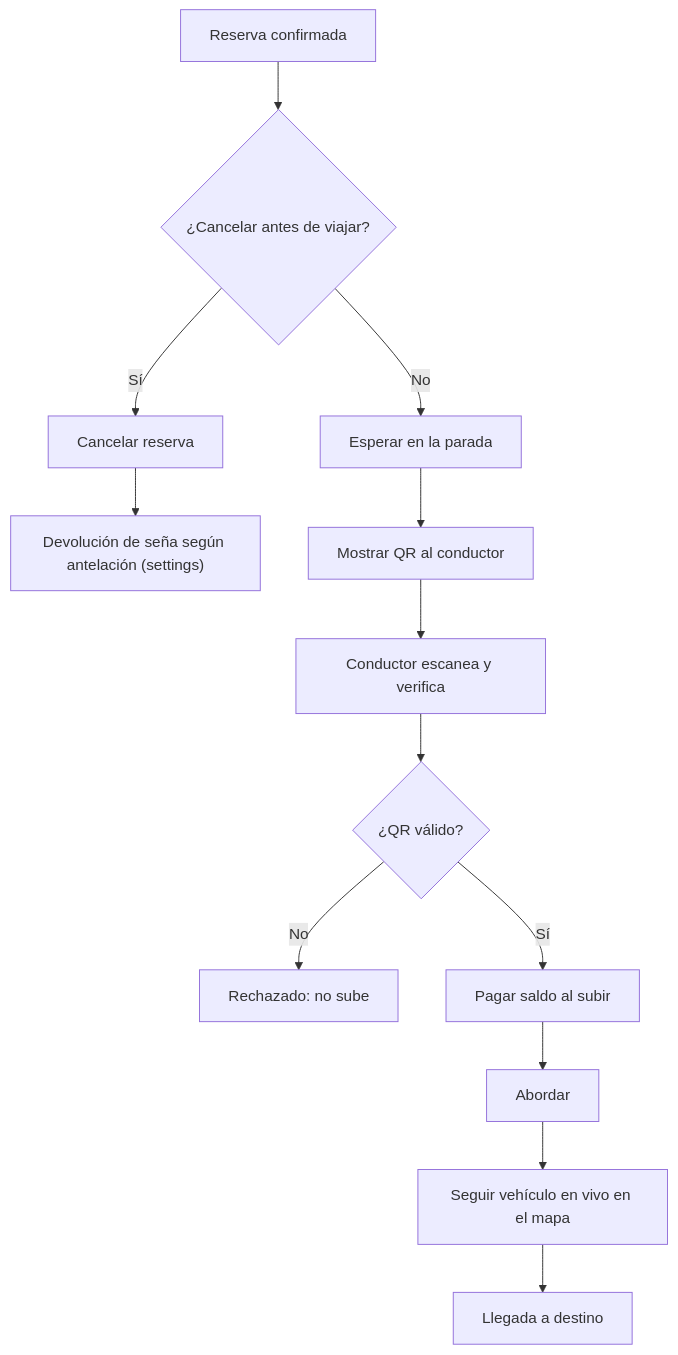
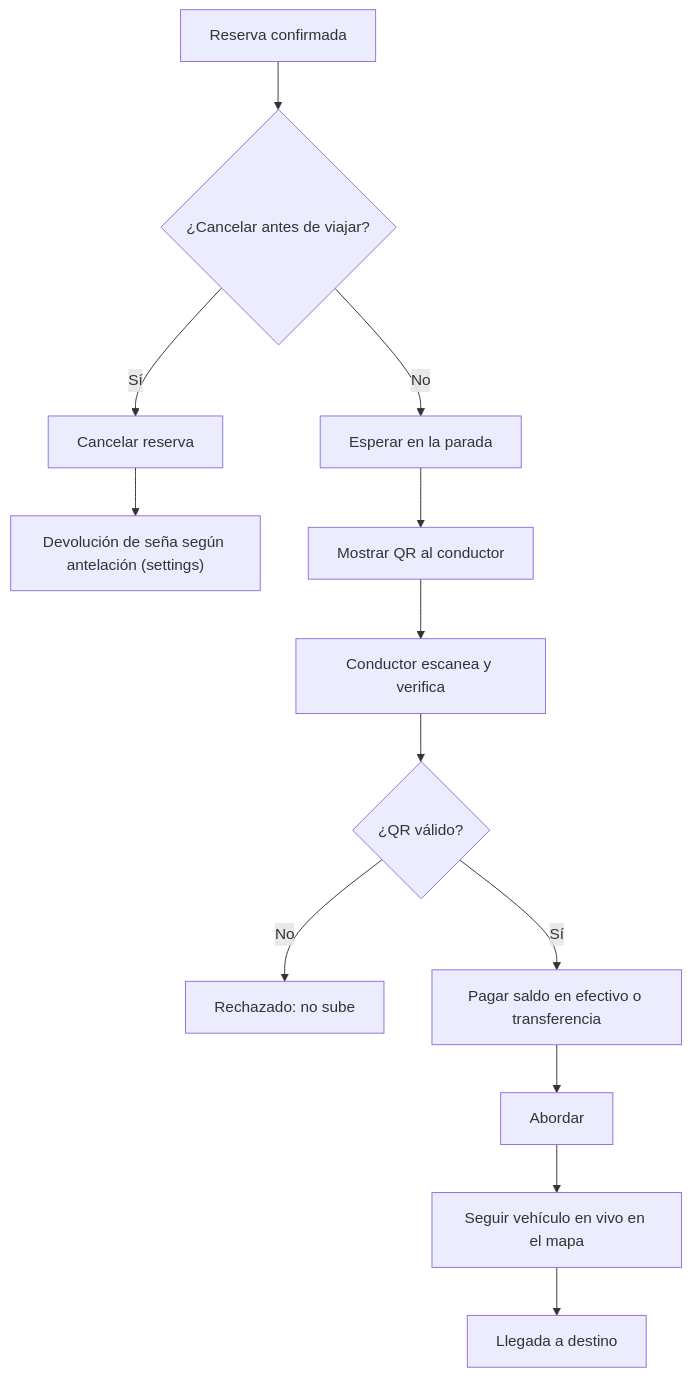
The third of 5 diagrams in docs/03-flujos-de-usuario.md (Estudio-Nomade/tubi), drawn with Mermaid before and after one commit. The commit also changed other lines of this file and 4 other files, not shown here.

Commit message:
docs: pago en efectivo/transferencia (sin MercadoPago) + registro de conductor

````diff
--- a/docs/03-flujos-de-usuario.md
+++ b/docs/03-flujos-de-usuario.md
@@ -54,15 +54,15 @@
 ```mermaid
 flowchart TD
     A["Reserva confirmada"] --> B{"¿Cancelar antes de viajar?"}
     B -- "Sí" --> C["Cancelar reserva"]
     C --> D["Devolución de seña según antelación (settings)"]
     B -- "No" --> E["Esperar en la parada"]
     E --> F["Mostrar QR al conductor"]
     F --> G["Conductor escanea y verifica"]
     G --> H{"¿QR válido?"}
     H -- "No" --> X["Rechazado: no sube"]
-    H -- "Sí" --> I["Pagar saldo al subir"]
+    H -- "Sí" --> I["Pagar saldo en efectivo o transferencia"]
     I --> J["Abordar"]
     J --> K["Seguir vehículo en vivo en el mapa"]
     K --> L["Llegada a destino"]
 ```
````
